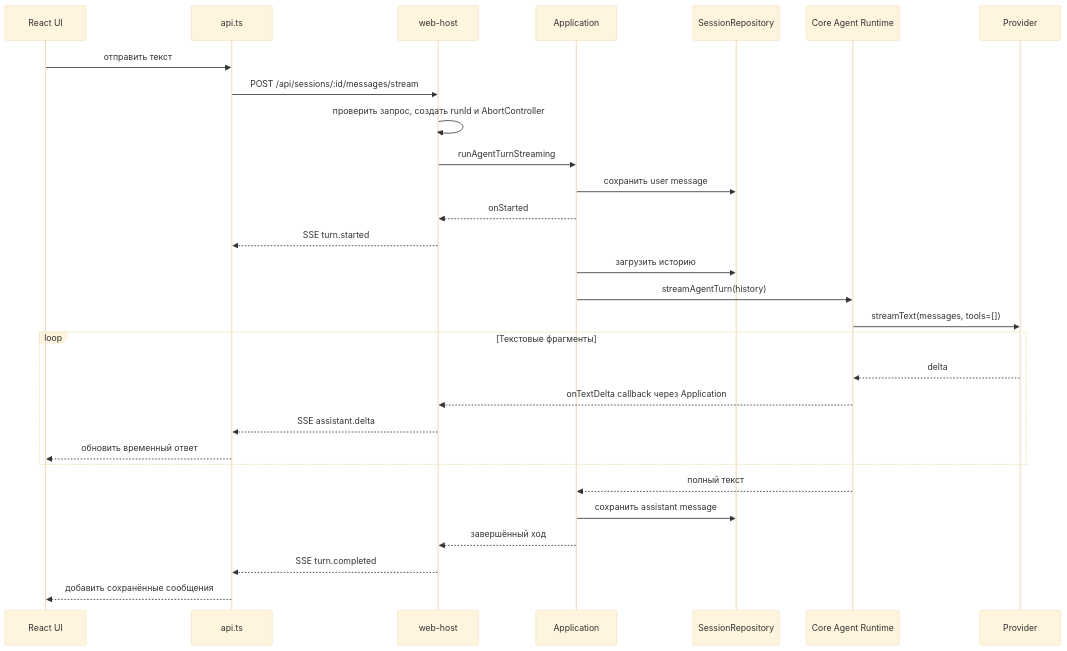
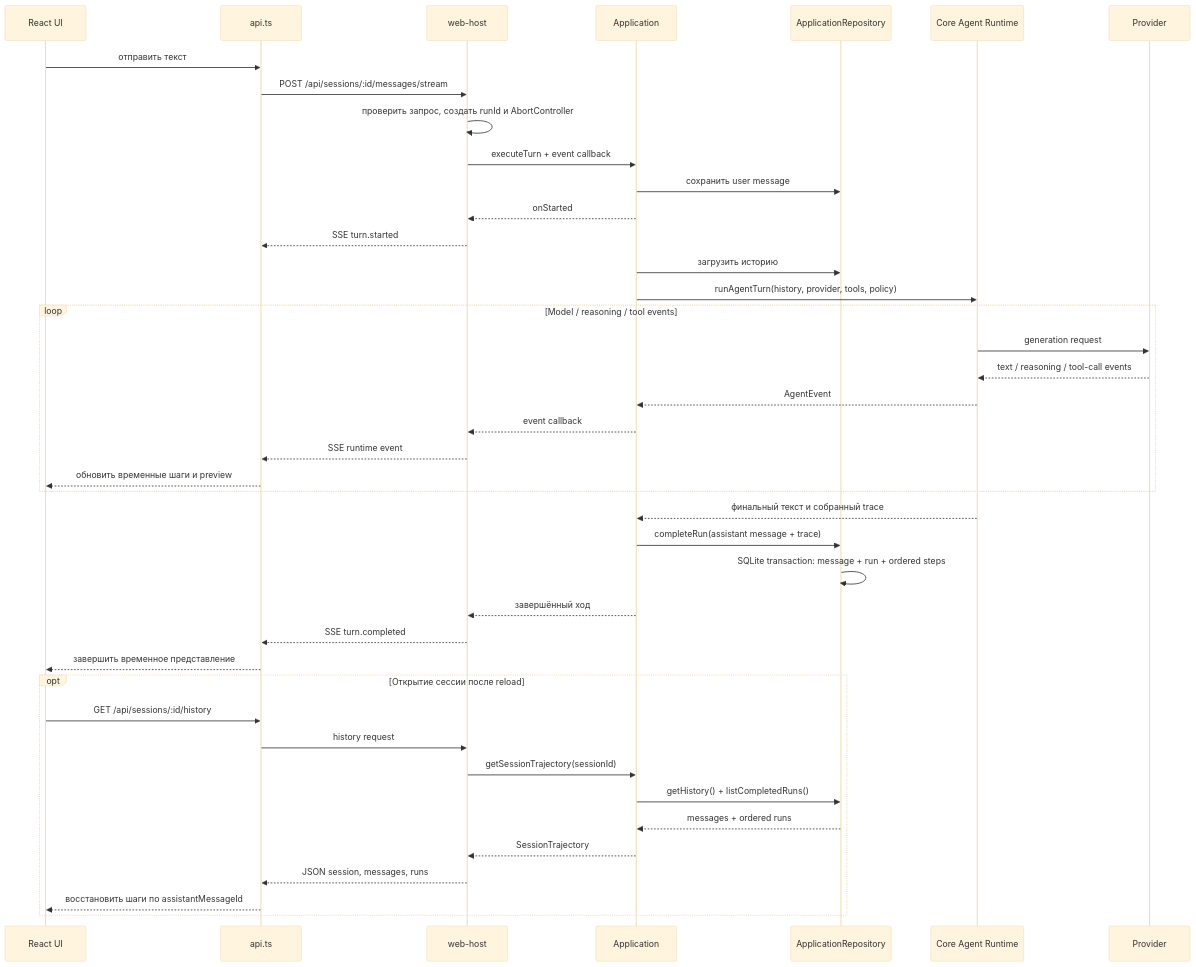
The second of 3 diagrams in docs/onboarding/README.md (davy1ex/smysAgent), drawn with Mermaid (base theme) before and after one commit. The commit also changed other lines of this file and 5 other files, not shown here.

Commit message:
Document SQLite trajectory architecture

````diff
--- a/docs/onboarding/README.md
+++ b/docs/onboarding/README.md
@@ -70,32 +70,44 @@
 ```mermaid
 sequenceDiagram
   participant UI as React UI
   participant Adapter as api.ts
   participant Host as web-host
   participant App as Application
-  participant Repo as SessionRepository
+  participant Repo as ApplicationRepository
   participant Core as Core Agent Runtime
   participant Model as Provider
 
   UI->>Adapter: отправить текст
   Adapter->>Host: POST /api/sessions/:id/messages/stream
   Host->>Host: проверить запрос, создать runId и AbortController
-  Host->>App: runAgentTurnStreaming
+  Host->>App: executeTurn + event callback
   App->>Repo: сохранить user message
   App-->>Host: onStarted
   Host-->>Adapter: SSE turn.started
   App->>Repo: загрузить историю
-  App->>Core: streamAgentTurn(history)
-  Core->>Model: streamText(messages, tools=[])
-  loop Текстовые фрагменты
-    Model-->>Core: delta
-    Core-->>Host: onTextDelta callback через Application
-    Host-->>Adapter: SSE assistant.delta
-    Adapter-->>UI: обновить временный ответ
+  App->>Core: runAgentTurn(history, provider, tools, policy)
+  loop Model / reasoning / tool events
+    Core->>Model: generation request
+    Model-->>Core: text / reasoning / tool-call events
+    Core-->>App: AgentEvent
+    App-->>Host: event callback
+    Host-->>Adapter: SSE runtime event
+    Adapter-->>UI: обновить временные шаги и preview
   end
-  Core-->>App: полный текст
-  App->>Repo: сохранить assistant message
+  Core-->>App: финальный текст и собранный trace
+  App->>Repo: completeRun(assistant message + trace)
+  Repo->>Repo: SQLite transaction: message + run + ordered steps
   App-->>Host: завершённый ход
   Host-->>Adapter: SSE turn.completed
-  Adapter-->>UI: добавить сохранённые сообщения
+  Adapter-->>UI: завершить временное представление
+  opt Открытие сессии после reload
+    UI->>Adapter: GET /api/sessions/:id/history
+    Adapter->>Host: history request
+    Host->>App: getSessionTrajectory(sessionId)
+    App->>Repo: getHistory() + listCompletedRuns()
+    Repo-->>App: messages + ordered runs
+    App-->>Host: SessionTrajectory
+    Host-->>Adapter: JSON session, messages, runs
+    Adapter-->>UI: восстановить шаги по assistantMessageId
+  end
 ```
````
